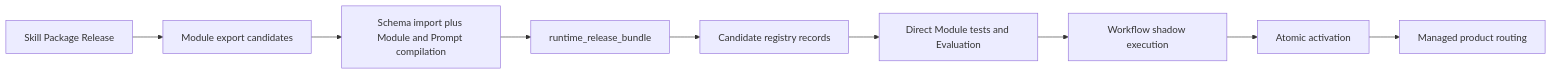
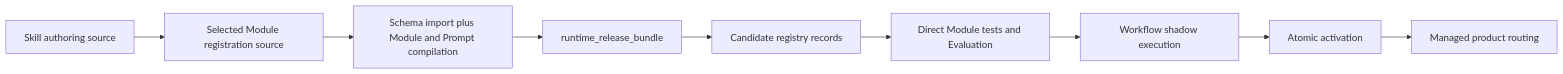
One commit to bobaoai/agent_runtime changed the fifth of 6 diagrams in src/agent_runtime/design_contract/agent_runtime_01_module_contract_and_assembly.md. Above: the diagram before and after it, drawn with Mermaid. The commit also changed other lines of this file and 62 other files, not shown here.

````diff
--- a/src/agent_runtime/design_contract/agent_runtime_01_module_contract_and_assembly.md
+++ b/src/agent_runtime/design_contract/agent_runtime_01_module_contract_and_assembly.md
@@ -913,11 +924,11 @@
 ```mermaid
 flowchart LR
-    SKILL["Skill Package Release"] --> EXPORT["Module export candidates"]
-    EXPORT --> COMPILE["Schema import plus Module and Prompt compilation"]
+    SKILL["Skill authoring source"] --> SOURCE["Selected Module registration source"]
+    SOURCE --> COMPILE["Schema import plus Module and Prompt compilation"]
     COMPILE --> BUNDLE["runtime_release_bundle"]
     BUNDLE --> CANDIDATE["Candidate registry records"]
     CANDIDATE --> MODULE_TEST["Direct Module tests and Evaluation"]
     MODULE_TEST --> SHADOW["Workflow shadow execution"]
     SHADOW --> ACTIVE["Atomic activation"]
     ACTIVE --> ROUTE["Managed product routing"]
 ```
````
